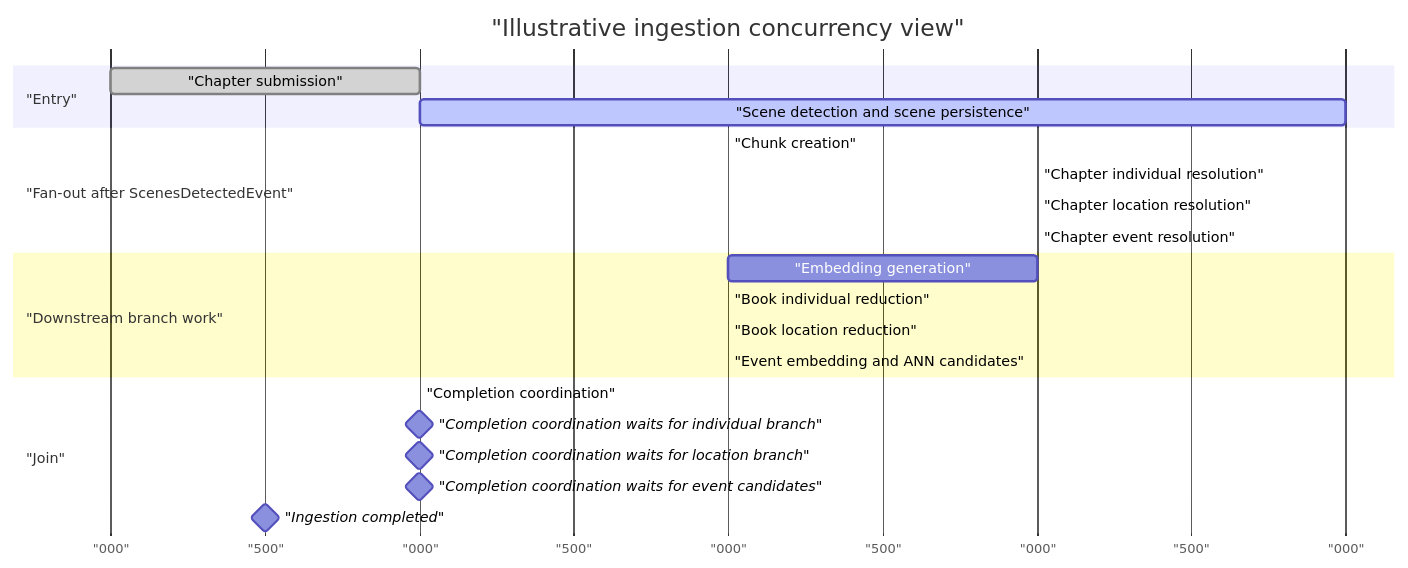
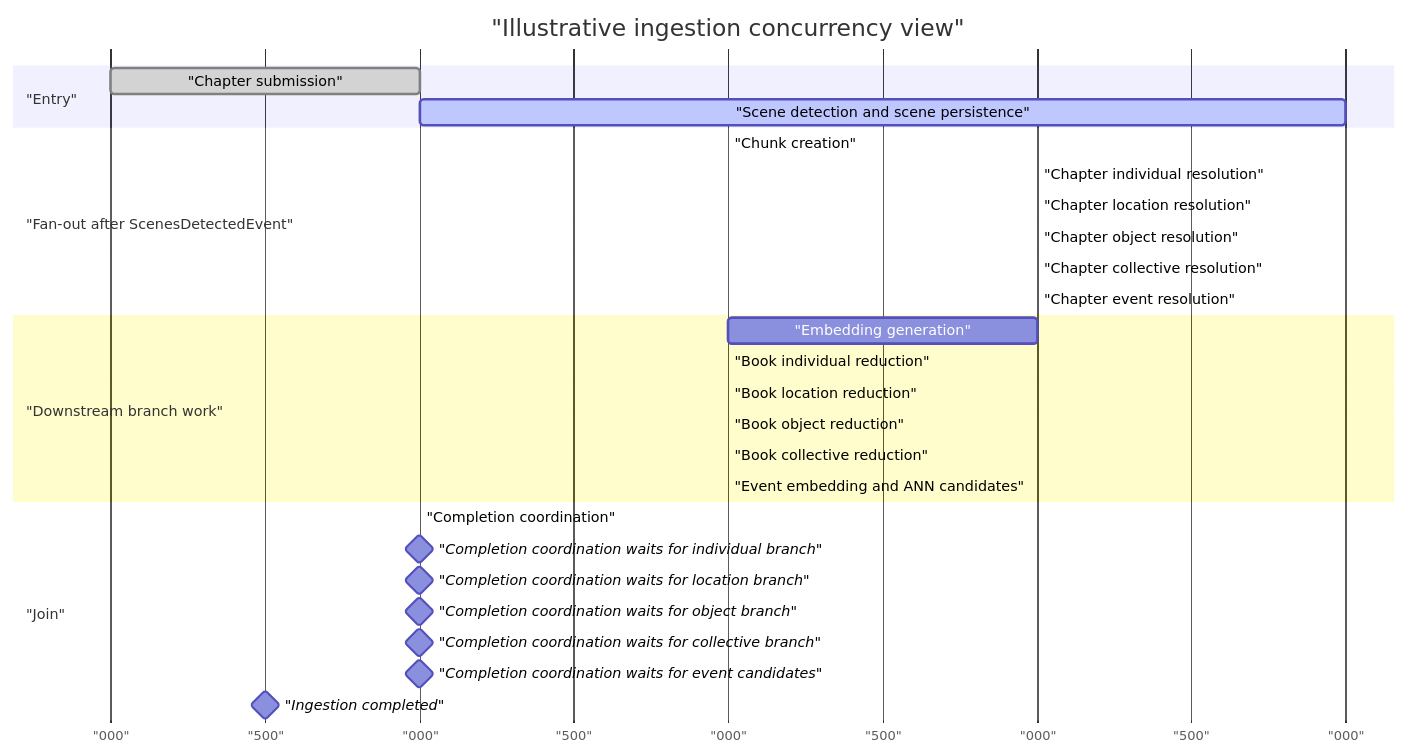
Before and after one commit to chaixdev/lorevault-kb: the third of 3 diagrams in docs/patterns/ingestion/ingestion-pipeline.md, drawn with Mermaid. The commit also changed other lines of this file and 18 other files, not shown here.

Commit message:
docs(ingestion): promote object collective lane docs

````diff
--- a/docs/patterns/ingestion/ingestion-pipeline.md
+++ b/docs/patterns/ingestion/ingestion-pipeline.md
@@ -277,29 +317,35 @@
 ```mermaid
 gantt
     title "Illustrative ingestion concurrency view"
     dateFormat X
     axisFormat "%L"
 
     section "Entry"
     "Chapter submission" :done, submit, 0, 1
     "Scene detection and scene persistence" :active, scenes, after submit, 4
 
     section "Fan-out after ScenesDetectedEvent"
     "Chunk creation" :chunks, after scenes, 2
     "Chapter individual resolution" :chapterIndividuals, after scenes, 3
     "Chapter location resolution" :chapterLocations, after scenes, 3
+    "Chapter object resolution" :chapterObjects, after scenes, 3
+    "Chapter collective resolution" :chapterCollectives, after scenes, 3
     "Chapter event resolution" :chapterEvents, after scenes, 3
 
     section "Downstream branch work"
     "Embedding generation" :embeddings, after chunks, 3
     "Book individual reduction" :bookIndividuals, after chapterIndividuals, 2
     "Book location reduction" :bookLocations, after chapterLocations, 2
+    "Book object reduction" :bookObjects, after chapterObjects, 2
+    "Book collective reduction" :bookCollectives, after chapterCollectives, 2
     "Event embedding and ANN candidates" :eventCandidates, after chapterEvents, 2
 
     section "Join"
     "Completion coordination" :join, after embeddings, 1
     "Completion coordination waits for individual branch" :milestone, after bookIndividuals, 0
     "Completion coordination waits for location branch" :milestone, after bookLocations, 0
+    "Completion coordination waits for object branch" :milestone, after bookObjects, 0
+    "Completion coordination waits for collective branch" :milestone, after bookCollectives, 0
     "Completion coordination waits for event candidates" :milestone, after eventCandidates, 0
     "Ingestion completed" :milestone, complete, after join, 0
 ```
````
